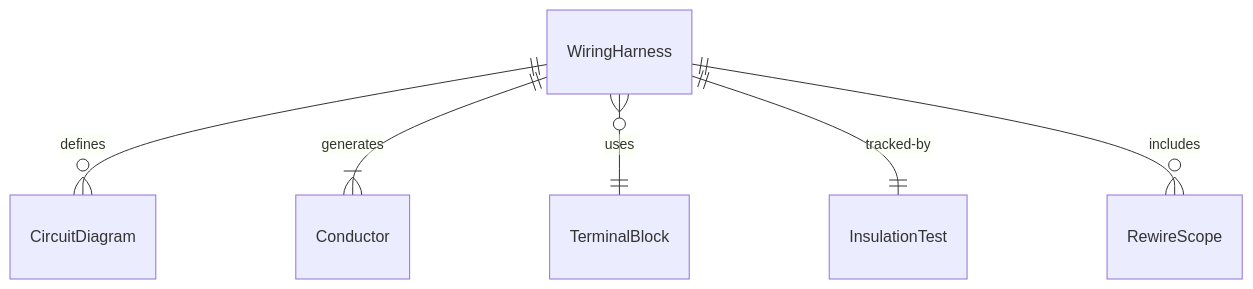
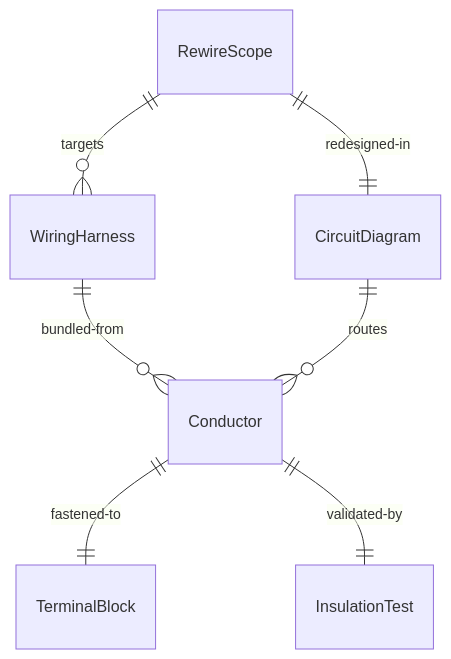
The first of 4 diagrams in HandlingAndMovingObjects/ConnectComponentsOrSupplyLinesToEquipmentOrTools/RewireElectricalElectronicSystems.mdx (dot-org-ai/tasks.org.ai), drawn with Mermaid before and after one commit. The commit also changed other lines of this file and 515 other files, not shown here.

````diff
--- a/HandlingAndMovingObjects/ConnectComponentsOrSupplyLinesToEquipmentOrTools/RewireElectricalElectronicSystems.mdx
+++ b/HandlingAndMovingObjects/ConnectComponentsOrSupplyLinesToEquipmentOrTools/RewireElectricalElectronicSystems.mdx
@@ -87,8 +87,9 @@
 ```mermaid
 erDiagram
-    WiringHarness ||--o{ CircuitDiagram : "defines"
-    WiringHarness ||--|{ Conductor : "generates"
-    WiringHarness }o--|| TerminalBlock : "uses"
-    WiringHarness ||--|| InsulationTest : "tracked-by"
-    WiringHarness ||--o{ RewireScope : "includes"
+    RewireScope ||--o{ WiringHarness : "targets"
+    WiringHarness ||--o{ Conductor : "bundled-from"
+    Conductor ||--|| TerminalBlock : "fastened-to"
+    CircuitDiagram ||--o{ Conductor : "routes"
+    Conductor ||--|| InsulationTest : "validated-by"
+    RewireScope ||--|| CircuitDiagram : "redesigned-in"
 ```
````
